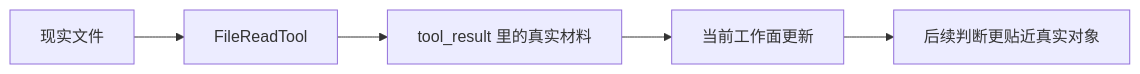
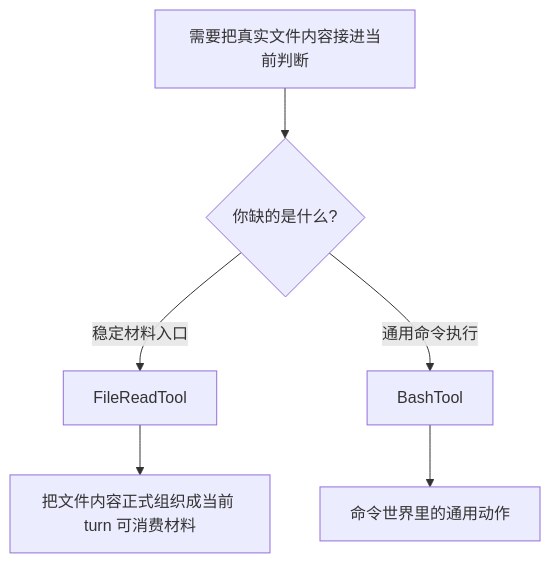
Before and after one commit to T0UGH/claude-code-source-guide: the second of 2 diagrams in docs/guidebookv2/volume-3/06-how-filereadtool-brings-real-material-into-current-judgment.md, drawn with Mermaid. The commit also changed other lines of this file and 13 other files, not shown here.

Commit message:
tighten volume-3 diagrams and boundaries

````diff
--- a/docs/guidebookv2/volume-3/06-how-filereadtool-brings-real-material-into-current-judgment.md
+++ b/docs/guidebookv2/volume-3/06-how-filereadtool-brings-real-material-into-current-judgment.md
@@ -138,7 +138,8 @@
 ```mermaid
-flowchart LR
-    A[现实文件] --> B[FileReadTool]
-    B --> C[tool_result 里的真实材料]
-    C --> D[当前工作面更新]
-    D --> E[后续判断更贴近真实对象]
+flowchart TD
+    A[需要把真实文件内容接进当前判断] --> B{你缺的是什么?}
+    B -->|稳定材料入口| C[FileReadTool]
+    B -->|通用命令执行| D[BashTool]
+    C --> E[把文件内容正式组织成当前 turn 可消费材料]
+    D --> F[命令世界里的通用动作]
 ```
````
